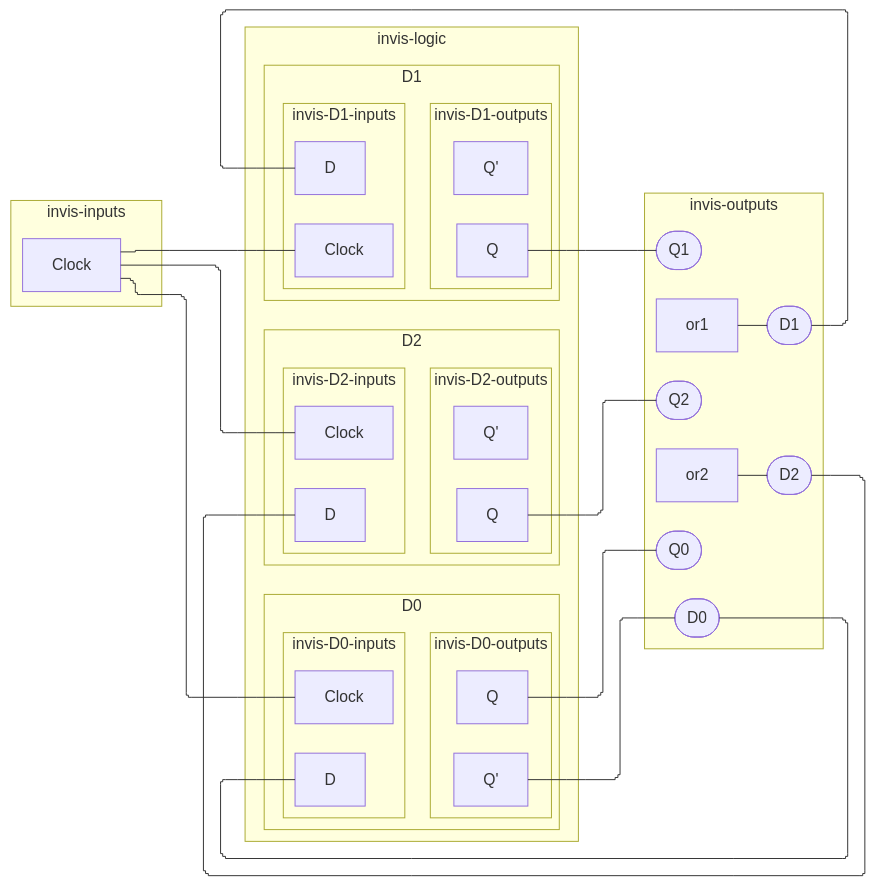
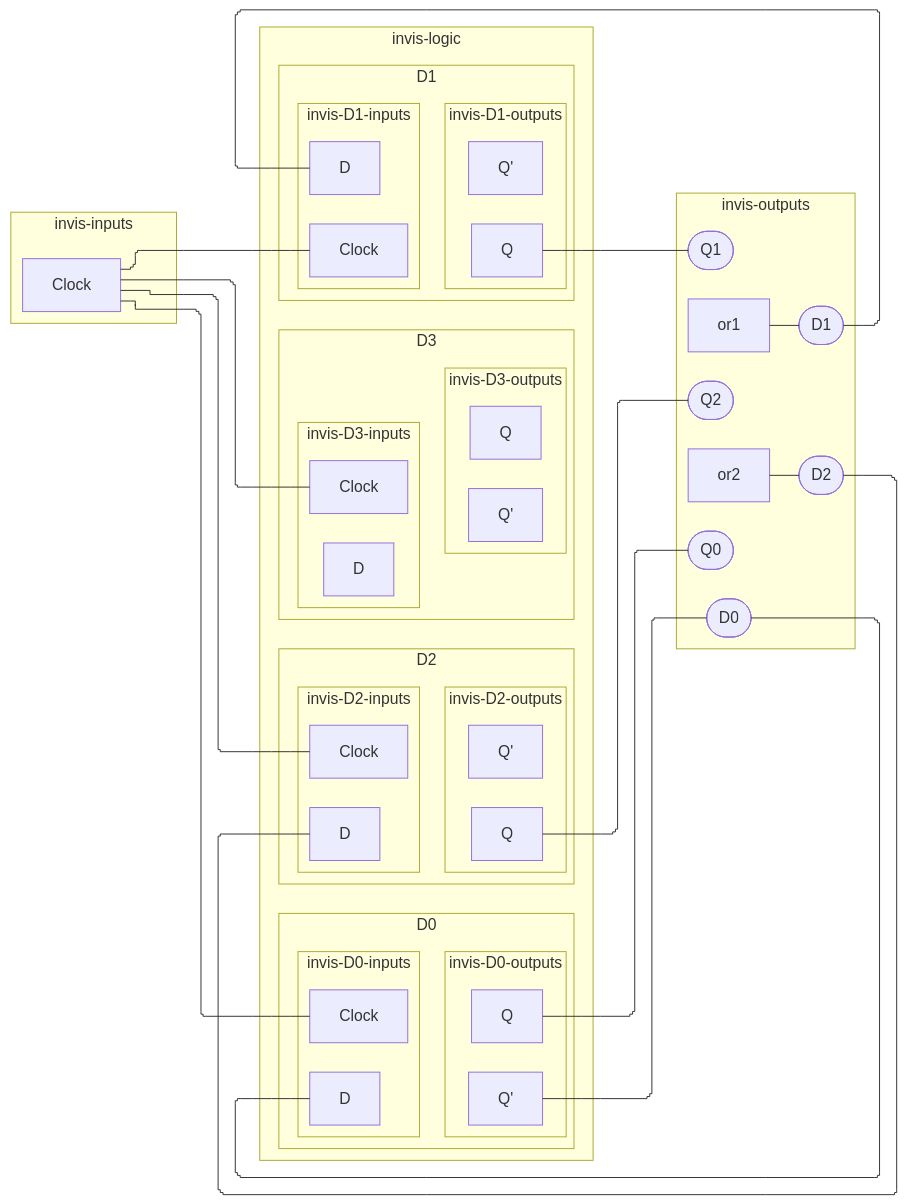
Before and after one commit to tnichols217/notes: the sixth of 6 diagrams in CSDS 281 - Logic Design/HW/8/Tables.md, drawn with Mermaid.

Commit message:
vault backup: 2024-04-05 00:22:51

````diff
--- a/CSDS 281 - Logic Design/HW/8/Tables.md
+++ b/CSDS 281 - Logic Design/HW/8/Tables.md
@@ -249,57 +249,70 @@
 ```mermaid
 %%{ init: { 'flowchart': { 'curve': 'stepBefore', "defaultRenderer": "elk" } } }%%
 flowchart LR
 subgraph invis-inputs
 	Clock
 end
 subgraph invis-logic
 	subgraph D0
 		subgraph invis-D0-inputs
 			D0i[D]
 			D0c[Clock]
 		end
 		Clock --- D0c
 		subgraph invis-D0-outputs
 			Q0[Q]
 			Q0P[Q']
 		end
 		invis-D0-inputs ~~~ invis-D0-outputs
 	end
 	subgraph D1
 		subgraph invis-D1-inputs
 			D1i[D]
 			D1c[Clock]
 		end
 		Clock --- D1c
 		subgraph invis-D1-outputs
 			Q1[Q]
 			Q1P[Q']
 		end
 		invis-D1-inputs ~~~ invis-D1-outputs
 	end
 	subgraph D2
 		subgraph invis-D2-inputs
 			D2i[D]
 			D2c[Clock]
 		end
 		Clock --- D2c
 		subgraph invis-D2-outputs
 			Q2[Q]
 			Q2P[Q']
 		end
 		invis-D2-inputs ~~~ invis-D2-outputs
 	end
+	subgraph D3
+		subgraph invis-D3-inputs
+			D3i[D]
+			D3c[Clock]
+		end
+		Clock --- D3c
+		subgraph invis-D3-outputs
+			Q3[Q]
+			Q3P[Q']
+		end
+		invis-D3-inputs ~~~ invis-D3-outputs
+	end
+	
 end
 subgraph invis-outputs
 	Q0P --- D0ii([D0])
 	D0ii --- D0i
 	or1 --- D1ii([D1])
 	D1ii --- D1i
 	or2 --- D2ii([D2])
 	D2ii --- D2i
 	Q0 --- Q0o([Q0])
 	Q1 --- Q1o([Q1])
 	Q2 --- Q2o([Q2])
 end
 invis-inputs ~~~ invis-logic ~~~ invis-outputs
 ```
````
